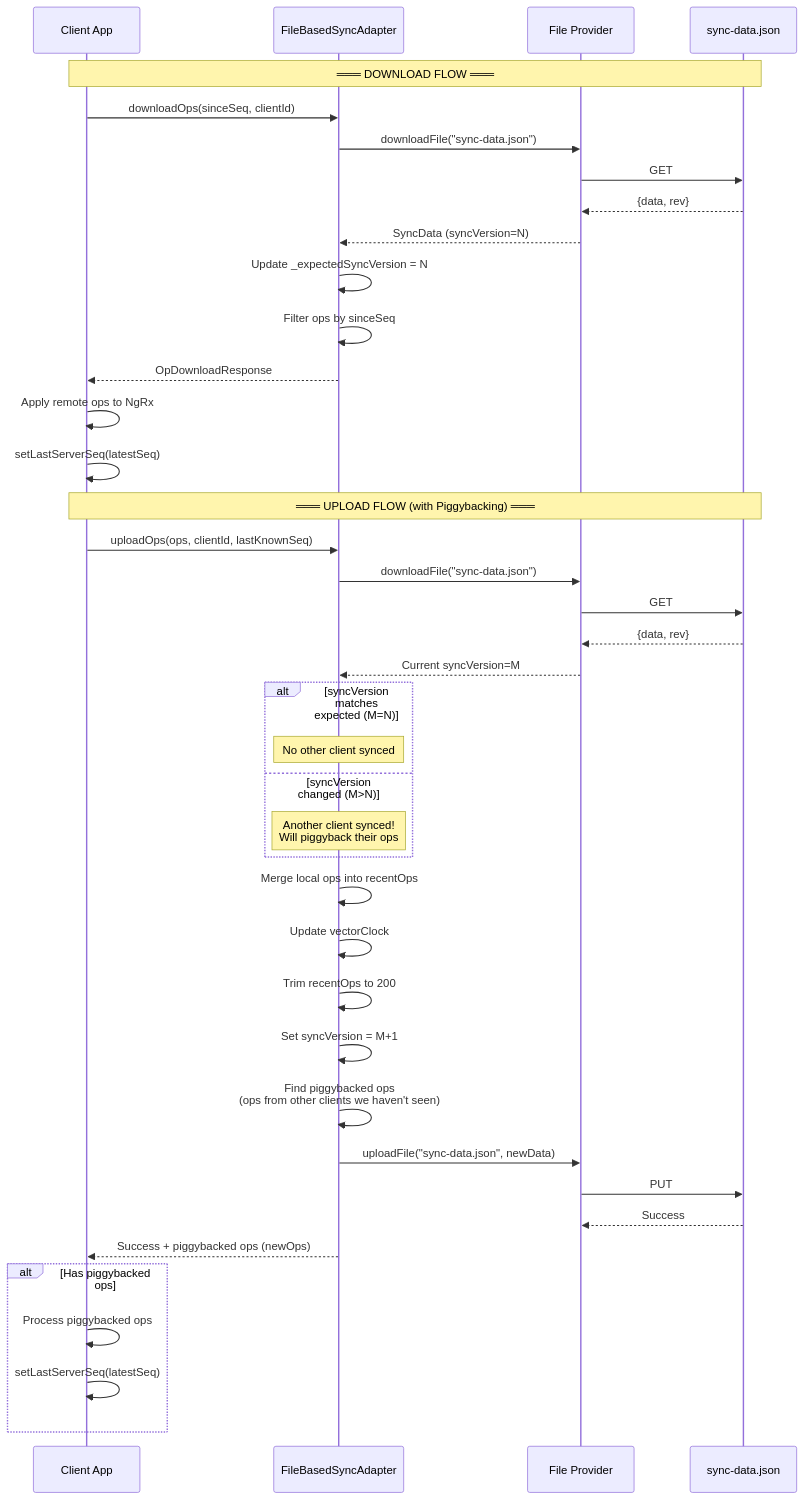
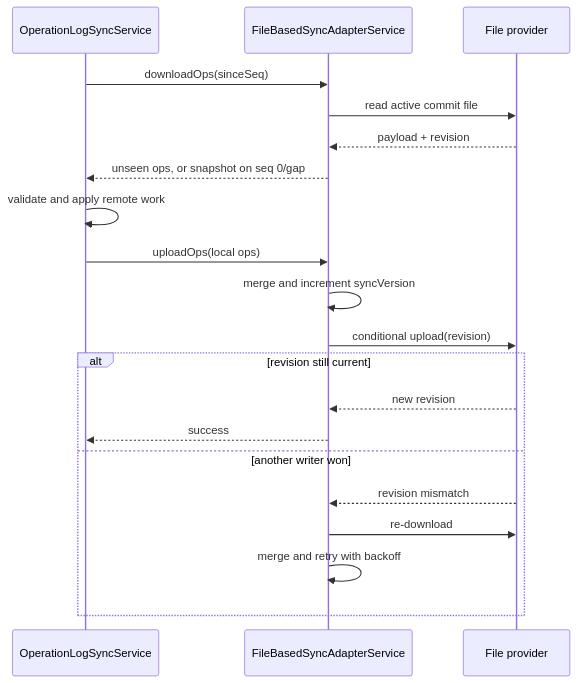
One commit to super-productivity/super-productivity changed the second of 4 diagrams in docs/sync-and-op-log/diagrams/04-file-based-sync.md. Above: the diagram before and after it, drawn with Mermaid. The commit also changed other lines of this file and 9 other files, not shown here.

````diff
--- a/docs/sync-and-op-log/diagrams/04-file-based-sync.md
+++ b/docs/sync-and-op-log/diagrams/04-file-based-sync.md
@@ -175,53 +56,23 @@
 ```mermaid
 sequenceDiagram
-    participant Client as Client App
-    participant Adapter as FileBasedSyncAdapter
-    participant Provider as File Provider
-    participant Remote as sync-data.json
+    participant App as OperationLogSyncService
+    participant Adapter as FileBasedSyncAdapterService
+    participant Remote as File provider
 
-    Note over Client,Remote: ═══ DOWNLOAD FLOW ═══
-
-    Client->>Adapter: downloadOps(sinceSeq, clientId)
-    Adapter->>Provider: downloadFile("sync-data.json")
-    Provider->>Remote: GET
-    Remote-->>Provider: {data, rev}
-    Provider-->>Adapter: SyncData (syncVersion=N)
-
-    Adapter->>Adapter: Update _expectedSyncVersion = N
-    Adapter->>Adapter: Filter ops by sinceSeq
-    Adapter-->>Client: OpDownloadResponse
-
-    Client->>Client: Apply remote ops to NgRx
-    Client->>Client: setLastServerSeq(latestSeq)
-
-    Note over Client,Remote: ═══ UPLOAD FLOW (with Piggybacking) ═══
-
-    Client->>Adapter: uploadOps(ops, clientId, lastKnownSeq)
-    Adapter->>Provider: downloadFile("sync-data.json")
-    Provider->>Remote: GET
-    Remote-->>Provider: {data, rev}
-    Provider-->>Adapter: Current syncVersion=M
-
-    alt syncVersion matches expected (M=N)
-        Note over Adapter: No other client synced
-    else syncVersion changed (M>N)
-        Note over Adapter: Another client synced!<br/>Will piggyback their ops
-    end
-
-    Adapter->>Adapter: Merge local ops into recentOps
-    Adapter->>Adapter: Update vectorClock
-    Adapter->>Adapter: Trim recentOps to 200
-    Adapter->>Adapter: Set syncVersion = M+1
-    Adapter->>Adapter: Find piggybacked ops<br/>(ops from other clients we haven't seen)
-
-    Adapter->>Provider: uploadFile("sync-data.json", newData)
-    Provider->>Remote: PUT
-    Remote-->>Provider: Success
-
-    Adapter-->>Client: Success + piggybacked ops (newOps)
-
-    alt Has piggybacked ops
-        Client->>Client: Process piggybacked ops
-        Client->>Client: setLastServerSeq(latestSeq)
+    App->>Adapter: downloadOps(sinceSeq)
+    Adapter->>Remote: read active commit file
+    Remote-->>Adapter: payload + revision
+    Adapter-->>App: unseen ops, or snapshot on seq 0/gap
+    App->>App: validate and apply remote work
+    App->>Adapter: uploadOps(local ops)
+    Adapter->>Adapter: merge and increment syncVersion
+    Adapter->>Remote: conditional upload(revision)
+    alt revision still current
+        Remote-->>Adapter: new revision
+        Adapter-->>App: success
+    else another writer won
+        Remote-->>Adapter: revision mismatch
+        Adapter->>Remote: re-download
+        Adapter->>Adapter: merge and retry with backoff
     end
 ```
````
